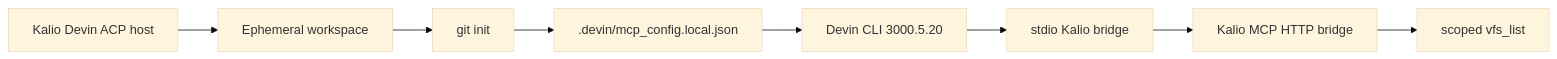
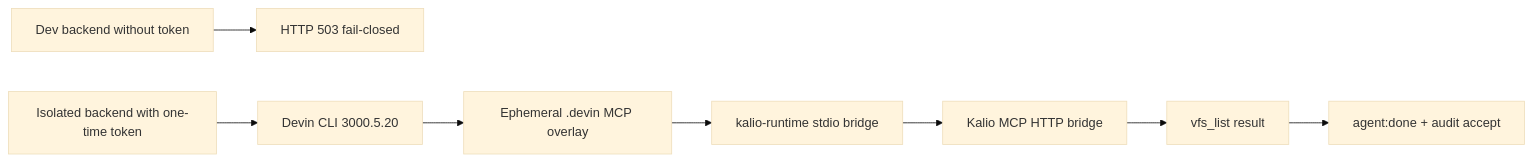
Before and after one commit to Radomiej/kalio-forever: the diagram in docs/sessions/2026-08-23-devin-cli-3000-5-mcp-compatibility.md, drawn with Mermaid (base theme). The commit also changed other lines of this file, not shown here.

First line of the commit message:
docs(devin): record 3000.5 MCP canary evidence

````diff
--- a/docs/sessions/2026-08-23-devin-cli-3000-5-mcp-compatibility.md
+++ b/docs/sessions/2026-08-23-devin-cli-3000-5-mcp-compatibility.md
@@ -19,10 +50,10 @@
 ```mermaid
 flowchart LR
-    A[Kalio Devin ACP host] --> B[Ephemeral workspace]
-    B --> C[git init]
-    C --> D[.devin/mcp_config.local.json]
-    D --> E[Devin CLI 3000.5.20]
-    E --> F[stdio Kalio bridge]
+    A[Dev backend without token] --> B[HTTP 503 fail-closed]
+    C[Isolated backend with one-time token] --> D[Devin CLI 3000.5.20]
+    D --> E[Ephemeral .devin MCP overlay]
+    E --> F[kalio-runtime stdio bridge]
     F --> G[Kalio MCP HTTP bridge]
-    G --> H[scoped vfs_list]
+    G --> H[vfs_list result]
+    H --> I[agent:done + audit accept]
 ```
````
